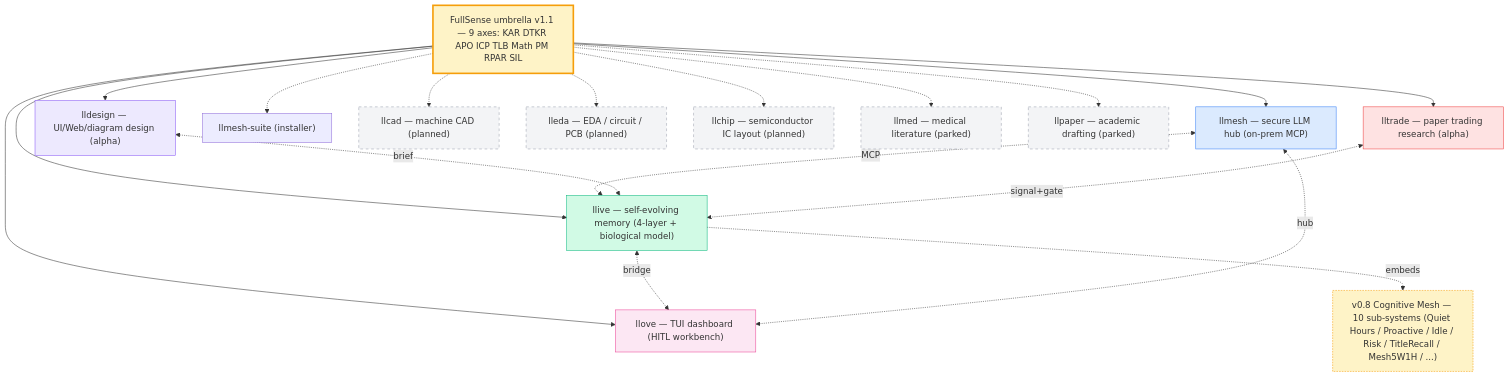
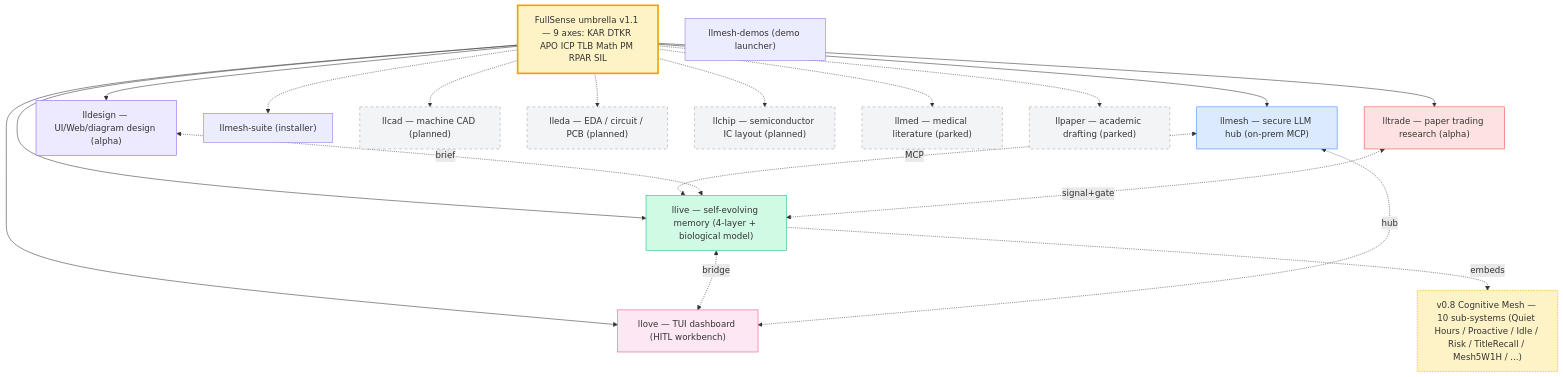
Before and after one commit to furuse-kazufumi/fullsense: the diagram in docs/index.md, drawn with Mermaid.

Commit message:
auto: index.md 編集前 (2026-05-19 20:27)

````diff
--- a/docs/index.md
+++ b/docs/index.md
@@ -17,45 +17,46 @@
 ```mermaid
 flowchart TD
     F["FullSense umbrella v1.1 — 9 axes: KAR DTKR APO ICP TLB Math PM RPAR SIL"]
     LM["llmesh — secure LLM hub (on-prem MCP)"]
     LI["llive — self-evolving memory (4-layer + biological model)"]
     LO["llove — TUI dashboard (HITL workbench)"]
     LD["lldesign — UI/Web/diagram design (alpha)"]
     LT["lltrade — paper trading research (alpha)"]
     LMS["llmesh-suite (installer)"]
+    LMD["llmesh-demos (demo launcher)"]
     LCAD["llcad — machine CAD (planned)"]
     LEDA["lleda — EDA / circuit / PCB (planned)"]
     LCHIP["llchip — semiconductor IC layout (planned)"]
     LMED["llmed — medical literature (parked)"]
     LPAPER["llpaper — academic drafting (parked)"]
     F --> LM
     F --> LI
     F --> LO
     F --> LD
     F --> LT
     F -.-> LMS
     F -.-> LCAD
     F -.-> LEDA
     F -.-> LCHIP
     F -.-> LMED
     F -.-> LPAPER
     LM <-. MCP .-> LI
     LI <-. bridge .-> LO
     LM <-. hub .-> LO
     LD <-. brief .-> LI
     LT <-. signal+gate .-> LI
     CM["v0.8 Cognitive Mesh — 10 sub-systems (Quiet Hours / Proactive / Idle / Risk / TitleRecall / Mesh5W1H / ...)"]
     LI -. embeds .-> CM
     style F fill:#fef3c7,stroke:#f59e0b,stroke-width:3px
     style LI fill:#d1fae5,stroke:#10b981
     style LM fill:#dbeafe,stroke:#3b82f6
     style LO fill:#fce7f3,stroke:#ec4899
     style LD fill:#ede9fe,stroke:#8b5cf6
     style LT fill:#fee2e2,stroke:#ef4444
     style CM fill:#fef3c7,stroke:#f59e0b,stroke-dasharray:3 2
     style LCAD fill:#f3f4f6,stroke:#9ca3af,stroke-dasharray:5 5
     style LEDA fill:#f3f4f6,stroke:#9ca3af,stroke-dasharray:5 5
     style LCHIP fill:#f3f4f6,stroke:#9ca3af,stroke-dasharray:5 5
     style LMED fill:#f3f4f6,stroke:#9ca3af,stroke-dasharray:5 5
     style LPAPER fill:#f3f4f6,stroke:#9ca3af,stroke-dasharray:5 5
 ```
````
